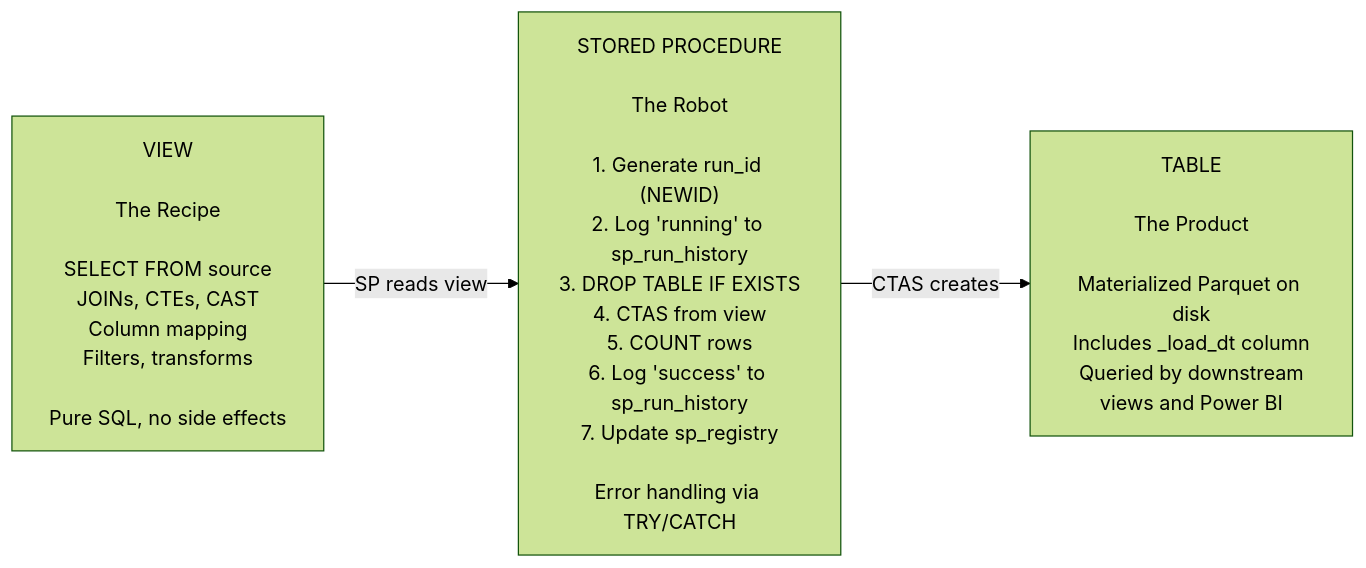
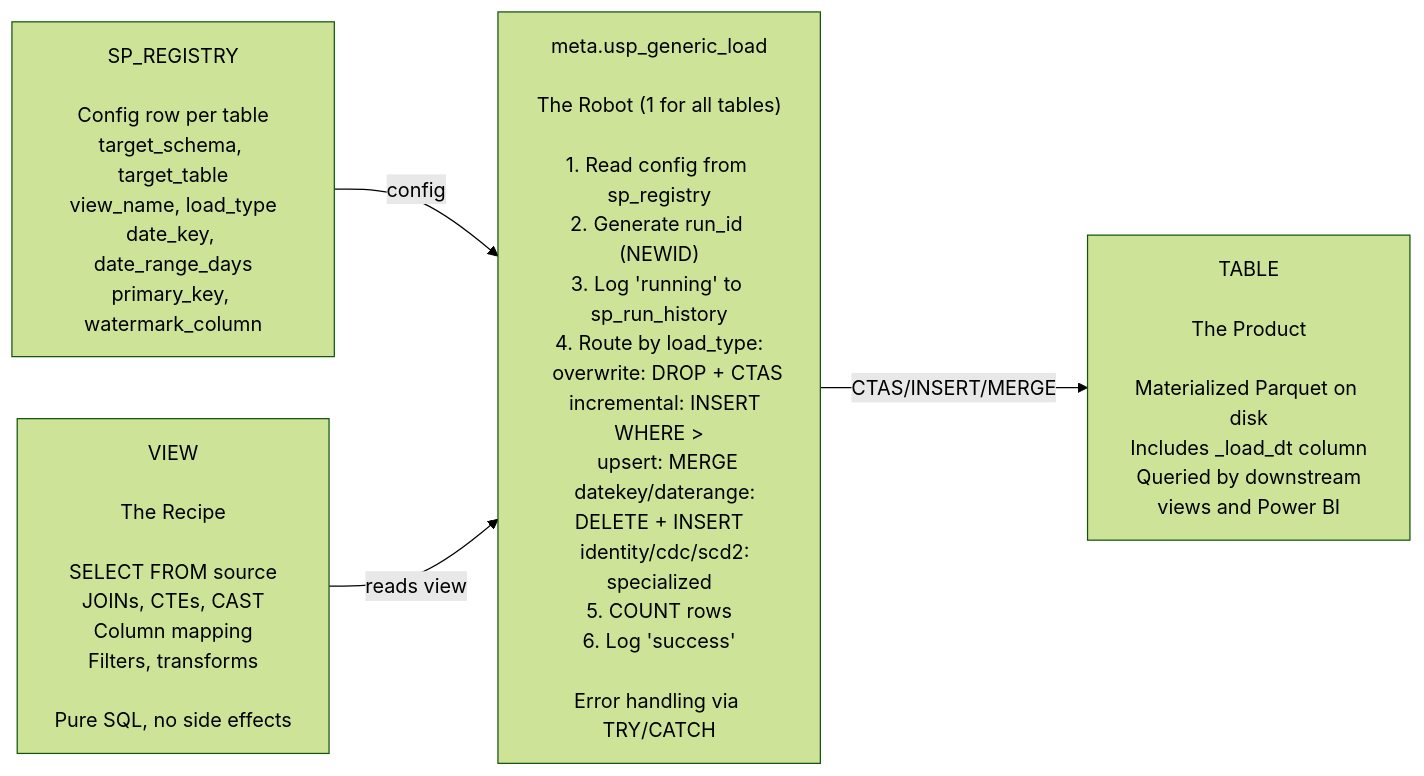
The ninth of 11 diagrams in Fabric_Architect/v9_architecture_supplychain.md (ankinguyen-engineer-2002/Fabric-v9-Warehouse-Medallion), drawn with Mermaid (forest theme) before and after one commit. The commit also changed other lines of this file and 7 other files, not shown here.

First line of the commit message:
Generic SP migration: 28 per-table SPs → 1 meta.usp_generic_load

````diff
--- a/Fabric_Architect/v9_architecture_supplychain.md
+++ b/Fabric_Architect/v9_architecture_supplychain.md
@@ -395,11 +371,14 @@
 ```mermaid
 flowchart LR
+    REG["SP_REGISTRY\n\nConfig row per table\ntarget_schema, target_table\nview_name, load_type\ndate_key, date_range_days\nprimary_key, watermark_column"]
+
     V["VIEW\n\nThe Recipe\n\nSELECT FROM source\nJOINs, CTEs, CAST\nColumn mapping\nFilters, transforms\n\nPure SQL, no side effects"]
 
-    SP["STORED PROCEDURE\n\nThe Robot\n\n1. Generate run_id (NEWID)\n2. Log 'running' to sp_run_history\n3. DROP TABLE IF EXISTS\n4. CTAS from view\n5. COUNT rows\n6. Log 'success' to sp_run_history\n7. Update sp_registry\n\nError handling via TRY/CATCH"]
+    GSP["meta.usp_generic_load\n\nThe Robot (1 for all tables)\n\n1. Read config from sp_registry\n2. Generate run_id (NEWID)\n3. Log 'running' to sp_run_history\n4. Route by load_type:\n   overwrite: DROP + CTAS\n   incremental: INSERT WHERE >\n   upsert: MERGE\n   datekey/daterange: DELETE + INSERT\n   identity/cdc/scd2: specialized\n5. COUNT rows\n6. Log 'success'\n\nError handling via TRY/CATCH"]
 
     T["TABLE\n\nThe Product\n\nMaterialized Parquet on disk\nIncludes _load_dt column\nQueried by downstream\nviews and Power BI"]
 
-    V -->|"SP reads view"| SP
-    SP -->|"CTAS creates"| T
+    REG -->|"config"| GSP
+    V -->|"reads view"| GSP
+    GSP -->|"CTAS/INSERT/MERGE"| T
 ```
````
